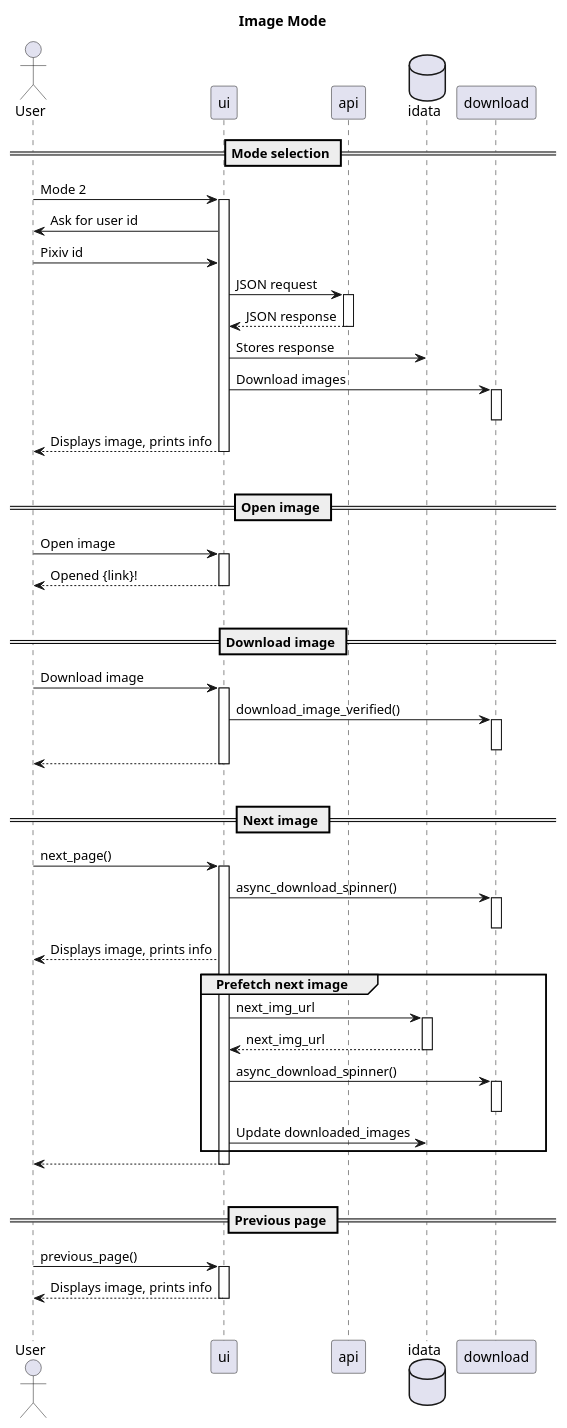
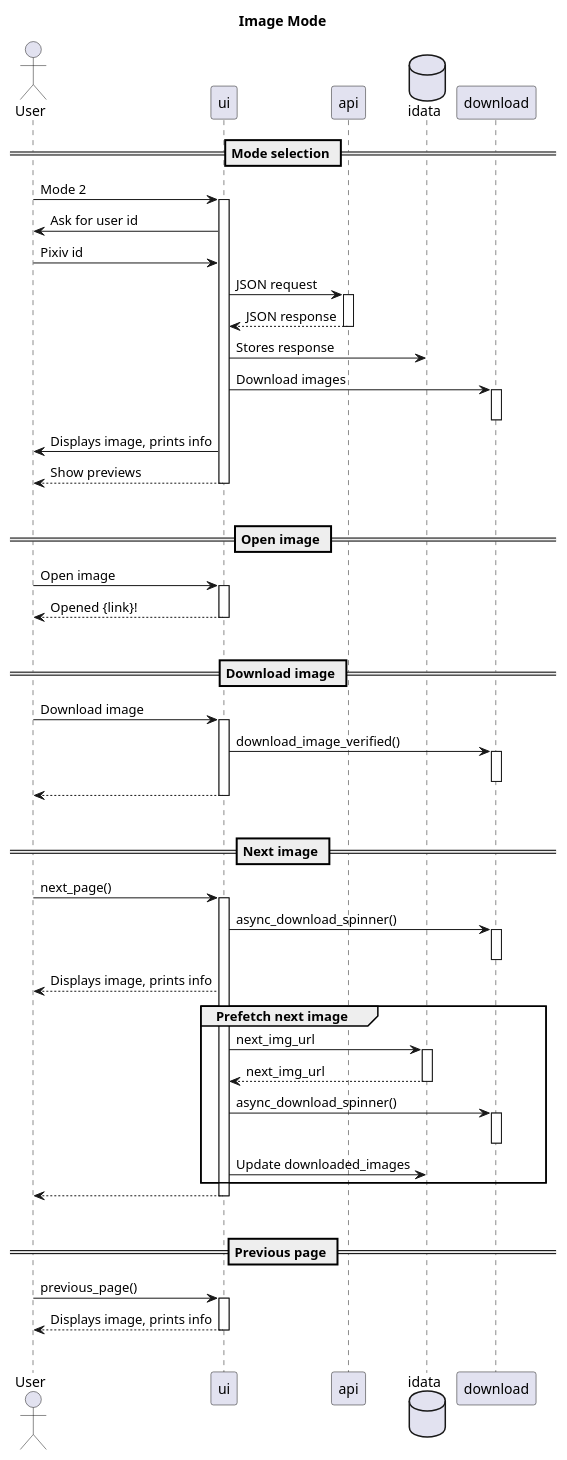
One commit to akazukin5151/koneko changed the diagram in puml/actors/image.puml. Above: the diagram before and after it, drawn with PlantUML. The commit also changed 2 other files, not shown here.

Commit message:
Update image puml

```diff
--- a/puml/actors/image.puml
+++ b/puml/actors/image.puml
@@ -1,54 +1,55 @@
 @startuml
 title Image Mode
 
 == Mode selection ==
 actor User
 User -> ui ++: Mode 2
 ui -> User: Ask for user id
 User -> ui: Pixiv id
 ui -> api ++: JSON request
 return JSON response
 database idata
 ui -> idata: Stores response
 ui -> download: Download images
 activate download
 deactivate download
-return Displays image, prints info
+ui -> User: Displays image, prints info
+return Show previews
 |||
 
 == Open image ==
 User -> ui ++: Open image
 return Opened {link}!
 |||
 
 == Download image ==
 User -> ui ++: Download image
 ui -> download: download_image_verified()
 activate download
 deactivate download
 return
 |||
 
 == Next image ==
 User -> ui ++: next_page()
 ui -> download: async_download_spinner()
 activate download
 deactivate download
 ui --> User: Displays image, prints info
 group Prefetch next image
     ui -> idata ++: next_img_url
     return next_img_url
     ui -> download: async_download_spinner()
     activate download
     deactivate download
     ui -> idata: Update downloaded_images
 end
 return
 |||
 
 == Previous page ==
 User -> ui ++: previous_page()
 return Displays image, prints info
 |||
 
 @enduml
```
